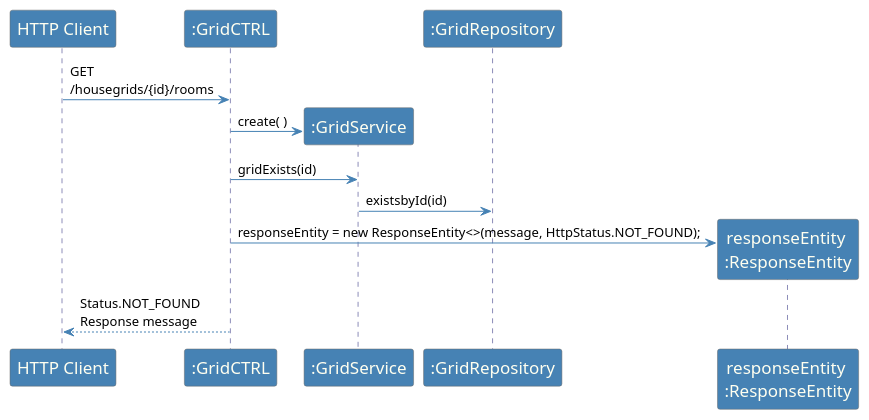
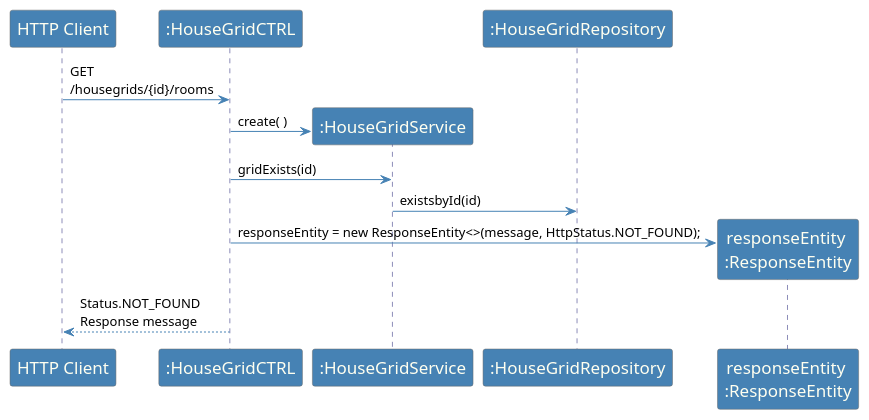
One commit to emanuel-pereira/hou changed the diagram in src/main/java/smarthome/controller/rest/sequenceDiagrams/sd_ListRoomsInHG_2.puml. Above: the diagram before and after it, drawn with PlantUML. The commit also changed 2 other files, not shown here.

Commit message:
Addresses #235, name refactors of CTRL and Service To HouseGrid; -

```diff
--- a/src/main/java/smarthome/controller/rest/sequenceDiagrams/sd_ListRoomsInHG_2.puml
+++ b/src/main/java/smarthome/controller/rest/sequenceDiagrams/sd_ListRoomsInHG_2.puml
@@ -1,37 +1,37 @@
 @startuml
 
 skinparam sequence {
 	ArrowColor SteelBlue
 	ActorBorderColor Dimgray
 	LifeLineBorderColor MidnightBlue
 	LifeLineBackgroundColor #A9DCDF
 
 	ParticipantBorderColor Dimgray
 	ParticipantBackgroundColor SteelBlue
 	ParticipantFontName Calibri Bold
 	ParticipantFontSize 17
 	ParticipantFontColor Ivory
 
 	ActorBackgroundColor SteelBlue
 	ActorFontColor MidnightBlue
 	ActorFontSize 17
 	ActorFontName Aapex
 }
 
 skinparam note {
 BorderColor SteelBlue
 }
 
-"HTTP Client" -> ":GridCTRL": GET \n/housegrids/{id}/rooms
+"HTTP Client" -> ":HouseGridCTRL": GET \n/housegrids/{id}/rooms
 
-create ":GridService"
-":GridCTRL" -> ":GridService" : create( )
-":GridCTRL" -> ":GridService" : gridExists(id)
+create ":HouseGridService"
+":HouseGridCTRL" -> ":HouseGridService" : create( )
+":HouseGridCTRL" -> ":HouseGridService" : gridExists(id)
 
-":GridService" -> ":GridRepository" : existsbyId(id)
+":HouseGridService" -> ":HouseGridRepository" : existsbyId(id)
 
 create "responseEntity \n:ResponseEntity"
-":GridCTRL" ->  "responseEntity \n:ResponseEntity": responseEntity = new ResponseEntity<>(message, HttpStatus.NOT_FOUND);
+":HouseGridCTRL" ->  "responseEntity \n:ResponseEntity": responseEntity = new ResponseEntity<>(message, HttpStatus.NOT_FOUND);
 
-":GridCTRL" --> "HTTP Client" : Status.NOT_FOUND \nResponse message
+":HouseGridCTRL" --> "HTTP Client" : Status.NOT_FOUND \nResponse message
 @enduml
```
